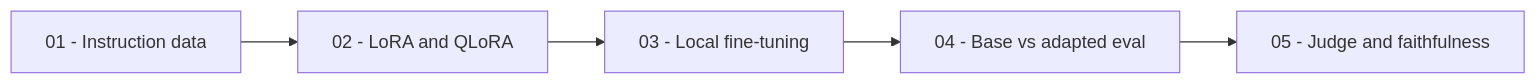
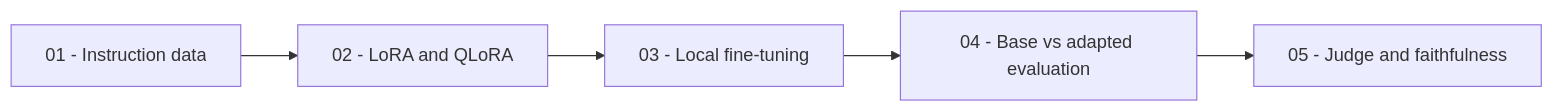
Before and after one commit to bootcampyoussef/mle-fine-tuning-small-models: the diagram in README.md, drawn with Mermaid. The commit also changed other lines of this file and 16 other files, not shown here.

````diff
--- a/README.md
+++ b/README.md
@@ -18,7 +17,7 @@
 ```mermaid
 flowchart LR
     A["01 - Instruction data"] --> B["02 - LoRA and QLoRA"]
     B --> C["03 - Local fine-tuning"]
-    C --> D["04 - Base vs adapted eval"]
+    C --> D["04 - Base vs adapted evaluation"]
     D --> E["05 - Judge and faithfulness"]
 ```
````
